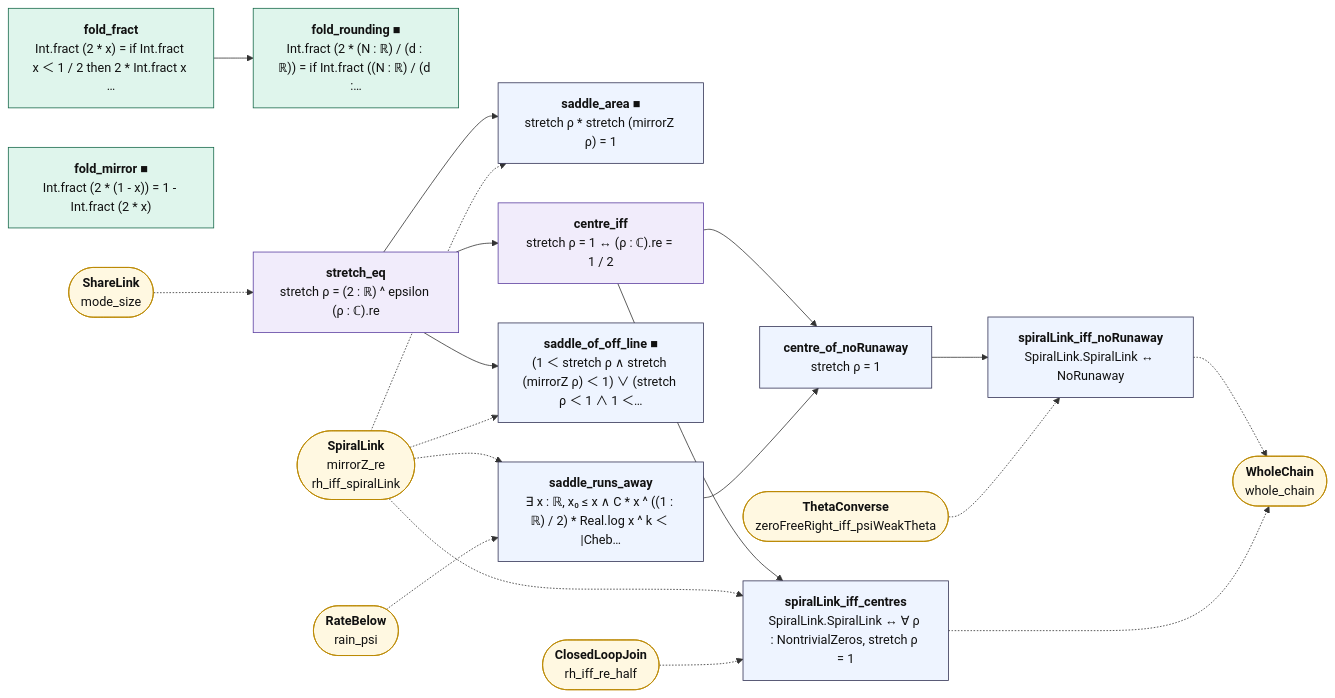
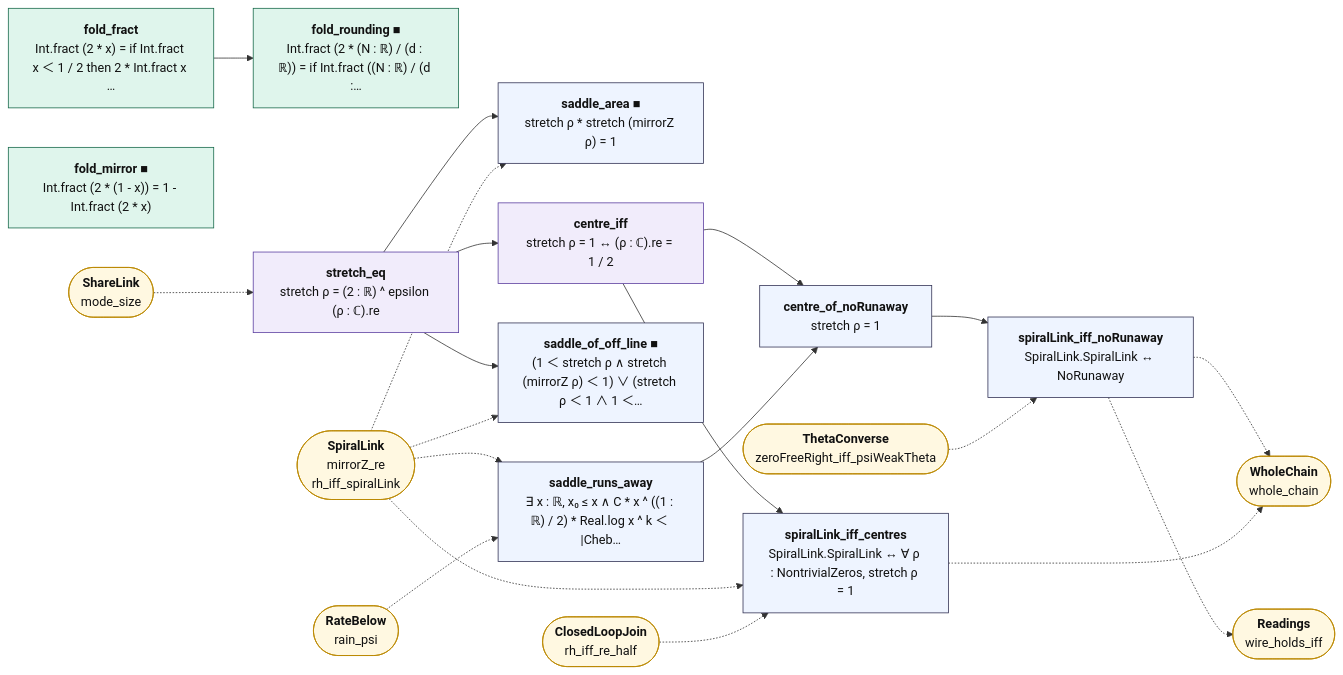
One commit to juliansambranojr/Primebeat_081426 changed the diagram in map/lean_stage3/Saddle.mmd. Above: the diagram before and after it, drawn with Mermaid. The commit also changed 29 other files, not shown here.

```diff
--- a/map/lean_stage3/Saddle.mmd
+++ b/map/lean_stage3/Saddle.mmd
@@ -1,44 +1,46 @@
 flowchart LR
   n0["<b>fold_fract</b><br/>Int.fract (2 * x) = if Int.fract x ＜ 1 / 2 then 2 * Int.fract x …"]:::cnt
   n1["<b>fold_rounding ■</b><br/>Int.fract (2 * (N : ℝ) / (d : ℝ)) = if Int.fract ((N : ℝ) / (d :…"]:::cnt
   n2["<b>fold_mirror ■</b><br/>Int.fract (2 * (1 - x)) = 1 - Int.fract (2 * x)"]:::cnt
   n3["<b>stretch_eq</b><br/>stretch ρ = (2 : ℝ) ^ epsilon (ρ : ℂ).re"]:::shp
   n4["<b>saddle_area ■</b><br/>stretch ρ * stretch (mirrorZ ρ) = 1"]:::thm
   n5["<b>centre_iff</b><br/>stretch ρ = 1 ↔ (ρ : ℂ).re = 1 / 2"]:::shp
   n6["<b>saddle_of_off_line ■</b><br/>(1 ＜ stretch ρ ∧ stretch (mirrorZ ρ) ＜ 1) ∨ (stretch ρ ＜ 1 ∧ 1 ＜…"]:::thm
   n7["<b>saddle_runs_away</b><br/>∃ x : ℝ, x₀ ≤ x ∧ C * x ^ ((1 : ℝ) / 2) * Real.log x ^ k ＜ |Cheb…"]:::thm
   n8["<b>centre_of_noRunaway</b><br/>stretch ρ = 1"]:::thm
   n9["<b>spiralLink_iff_centres</b><br/>SpiralLink.SpiralLink ↔ ∀ ρ : NontrivialZeros, stretch ρ = 1"]:::thm
   n10["<b>spiralLink_iff_noRunaway</b><br/>SpiralLink.SpiralLink ↔ NoRunaway"]:::thm
   x0(["<b>ShareLink</b><br/>mode_size"]):::ext
   x1(["<b>SpiralLink</b><br/>mirrorZ_re<br/>rh_iff_spiralLink"]):::ext
   x2(["<b>RateBelow</b><br/>rain_psi"]):::ext
   x3(["<b>ClosedLoopJoin</b><br/>rh_iff_re_half"]):::ext
   x4(["<b>WholeChain</b><br/>whole_chain"]):::ext
   x5(["<b>ThetaConverse</b><br/>zeroFreeRight_iff_psiWeakTheta"]):::ext
+  x6(["<b>Readings</b><br/>wire_holds_iff"]):::ext
   n0 --> n1
   n3 --> n4
   n3 --> n5
   n3 --> n6
   n5 --> n8
   n5 --> n9
   n7 --> n8
   n8 --> n10
   n10 -.-> x4
+  n10 -.-> x6
   n9 -.-> x4
   x0 -.-> n3
   x1 -.-> n4
   x1 -.-> n6
   x1 -.-> n7
   x1 -.-> n9
   x2 -.-> n7
   x3 -.-> n9
   x5 -.-> n10
   classDef cnt fill:#dff5ec,stroke:#17694a,color:#111
   classDef shp fill:#f1ecfb,stroke:#5b3fa0,color:#111
   classDef rh fill:#ffe5e5,stroke:#c22,color:#111,stroke-width:2px
   classDef thm fill:#eef4ff,stroke:#335,color:#111
   classDef end_ fill:#e7f7e7,stroke:#2a7,color:#111,stroke-width:2px
   classDef lone fill:#fff,stroke:#999,color:#111,stroke-dasharray:4 3
   classDef bad fill:#ffe5e5,stroke:#c22,color:#111,stroke-width:2px
   classDef ext fill:#fff8e1,stroke:#b80,color:#111
```
